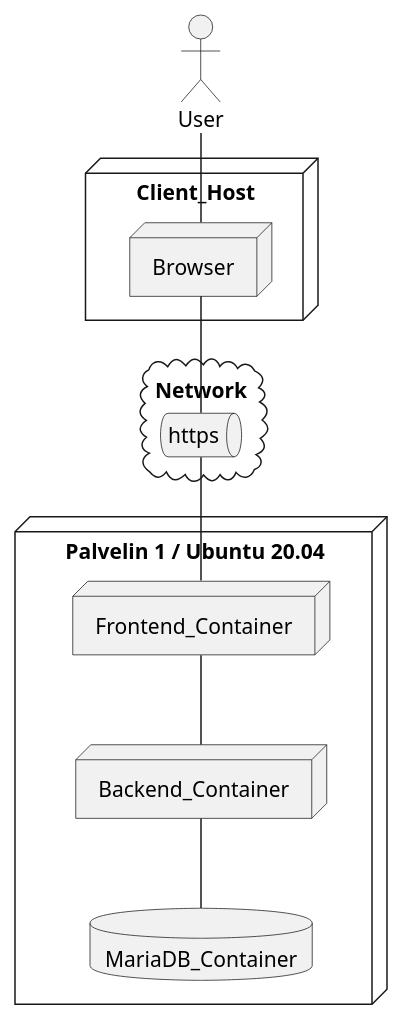
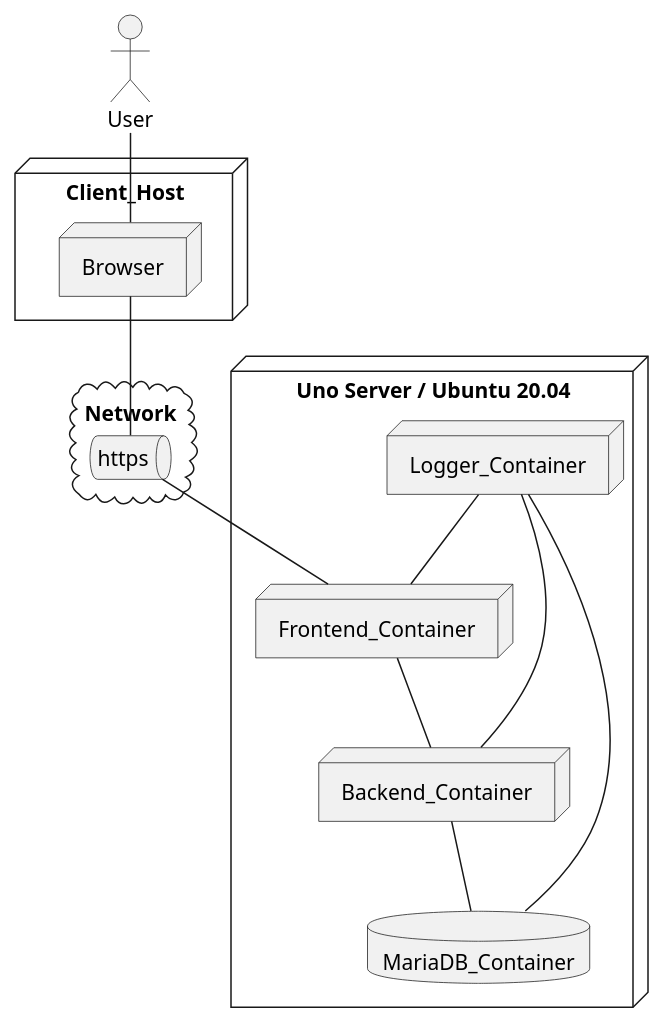
Before and after one commit to ninaleo/ransut-core: the fourth of 5 diagrams in dokumentit/20-Vaatimustenhallinta/vaatimusmaaritely-tiivis.md, drawn with PlantUML. The commit also changed other lines of this file, not shown here.

````diff
--- a/dokumentit/20-Vaatimustenhallinta/vaatimusmaaritely-tiivis.md
+++ b/dokumentit/20-Vaatimustenhallinta/vaatimusmaaritely-tiivis.md
@@ -263,30 +263,35 @@
 ```plantuml
 @startuml
 actor User
 node "Client_Host" as WIN10{
 node "Browser"{
 }
 }
 
 cloud "Network" as net{
 queue "https"{
 }
 }
 
-node "Palvelin 1 / Ubuntu 20.04" as AWS{ 
+node "Uno Server / Ubuntu 20.04" as AWS{ 
 node "Frontend_Container"{ 
 }
 node "Backend_Container" {
 }
 database "MariaDB_Container" {
+}
+node "Logger_Container" {
 }
 
 }
 User -- Browser
 Browser -- https
 https -- Frontend_Container
 Frontend_Container -- Backend_Container
 Backend_Container -- MariaDB_Container
+Logger_Container -- Frontend_Container
+Logger_Container -- Backend_Container
+Logger_Container -- MariaDB_Container
 
 @enduml
 ```
````
